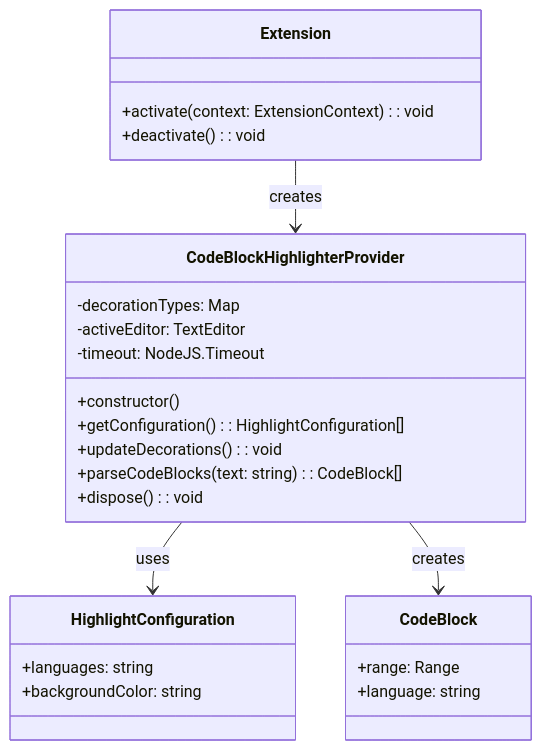
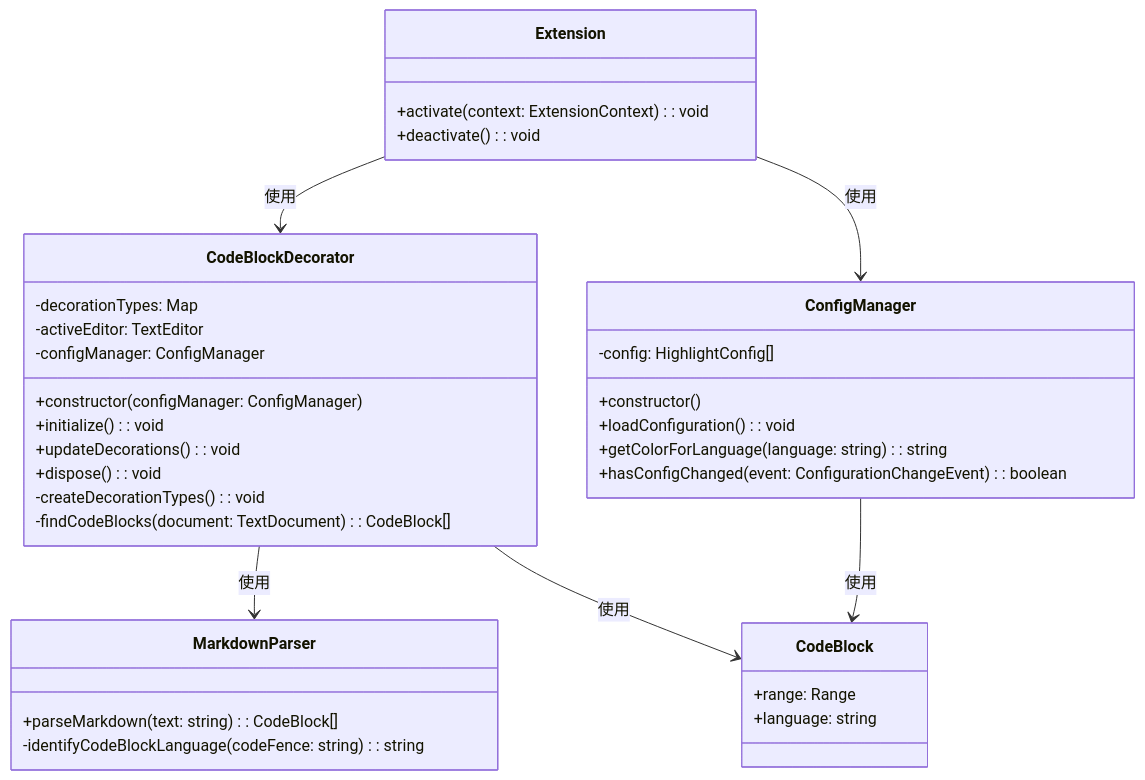
One commit to shuhei1101/codeblock-highlight changed the third of 3 diagrams in docs/issues/issue-1081/1081-requirement.md. Above: the diagram before and after it, drawn with Mermaid. The commit also changed other lines of this file and 14 other files, not shown here.

````diff
--- a/docs/issues/issue-1081/1081-requirement.md
+++ b/docs/issues/issue-1081/1081-requirement.md
@@ -168,32 +110,43 @@
 ```mermaid
 classDiagram
   class Extension {
     +activate(context: ExtensionContext): void
     +deactivate(): void
   }
   
-  class CodeBlockHighlighterProvider {
+  class CodeBlockDecorator {
     -decorationTypes: Map<string, TextEditorDecorationType>
     -activeEditor: TextEditor
-    -timeout: NodeJS.Timeout
-    +constructor()
-    +getConfiguration(): HighlightConfiguration[]
+    -configManager: ConfigManager
+    +constructor(configManager: ConfigManager)
+    +initialize(): void
     +updateDecorations(): void
-    +parseCodeBlocks(text: string): CodeBlock[]
     +dispose(): void
+    -createDecorationTypes(): void
+    -findCodeBlocks(document: TextDocument): CodeBlock[]
   }
   
-  class HighlightConfiguration {
-    +languages: string
-    +backgroundColor: string
+  class ConfigManager {
+    -config: HighlightConfig[]
+    +constructor()
+    +loadConfiguration(): void
+    +getColorForLanguage(language: string): string
+    +hasConfigChanged(event: ConfigurationChangeEvent): boolean
+  }
+  
+  class MarkdownParser {
+    +parseMarkdown(text: string): CodeBlock[]
+    -identifyCodeBlockLanguage(codeFence: string): string
   }
   
   class CodeBlock {
     +range: Range
     +language: string
   }
   
-  Extension --> CodeBlockHighlighterProvider: creates
-  CodeBlockHighlighterProvider --> HighlightConfiguration: uses
-  CodeBlockHighlighterProvider --> CodeBlock: creates
+  Extension --> CodeBlockDecorator: 使用
+  Extension --> ConfigManager: 使用
+  CodeBlockDecorator --> MarkdownParser: 使用
+  CodeBlockDecorator --> CodeBlock: 使用
+  ConfigManager --> CodeBlock: 使用
 ```
````
